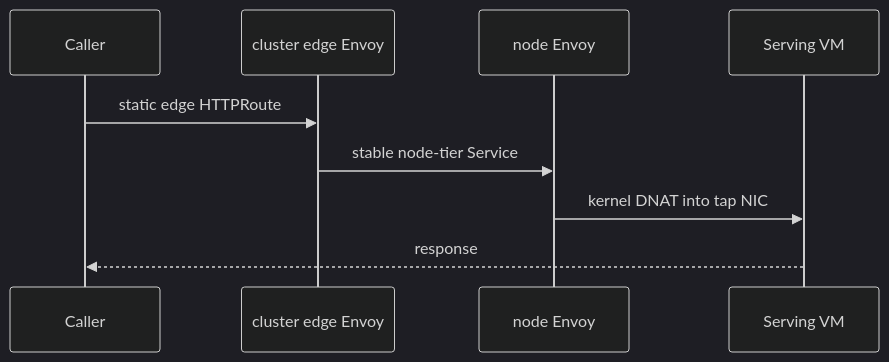
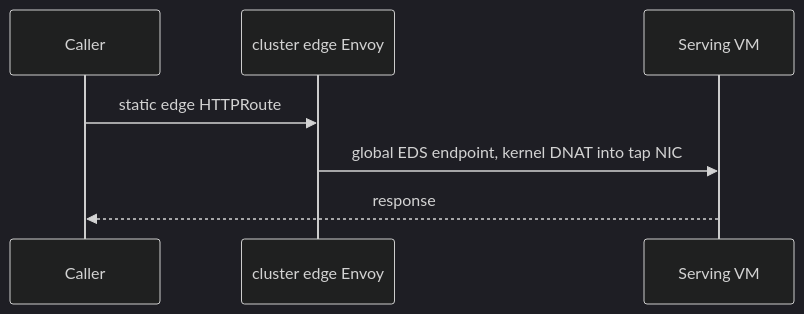
The second of 6 diagrams in projects/embervm/ARCHITECTURE.md (jomcgi-org/homelab), drawn with Mermaid (dark theme) before and after one commit. The commit also changed other lines of this file and 20 other files, not shown here.

Commit message:
fix(embervm): isolate node endpoint churn

````diff
--- a/projects/embervm/ARCHITECTURE.md
+++ b/projects/embervm/ARCHITECTURE.md
@@ -199,11 +200,9 @@
 ```mermaid
 sequenceDiagram
     participant C as Caller
     participant E as cluster edge Envoy
-    participant N as node Envoy
     participant VM as Serving VM
     C->>E: static edge HTTPRoute
-    E->>N: stable node-tier Service
-    N->>VM: kernel DNAT into tap NIC
+    E->>VM: global EDS endpoint, kernel DNAT into tap NIC
     VM-->>C: response
 ```
````
